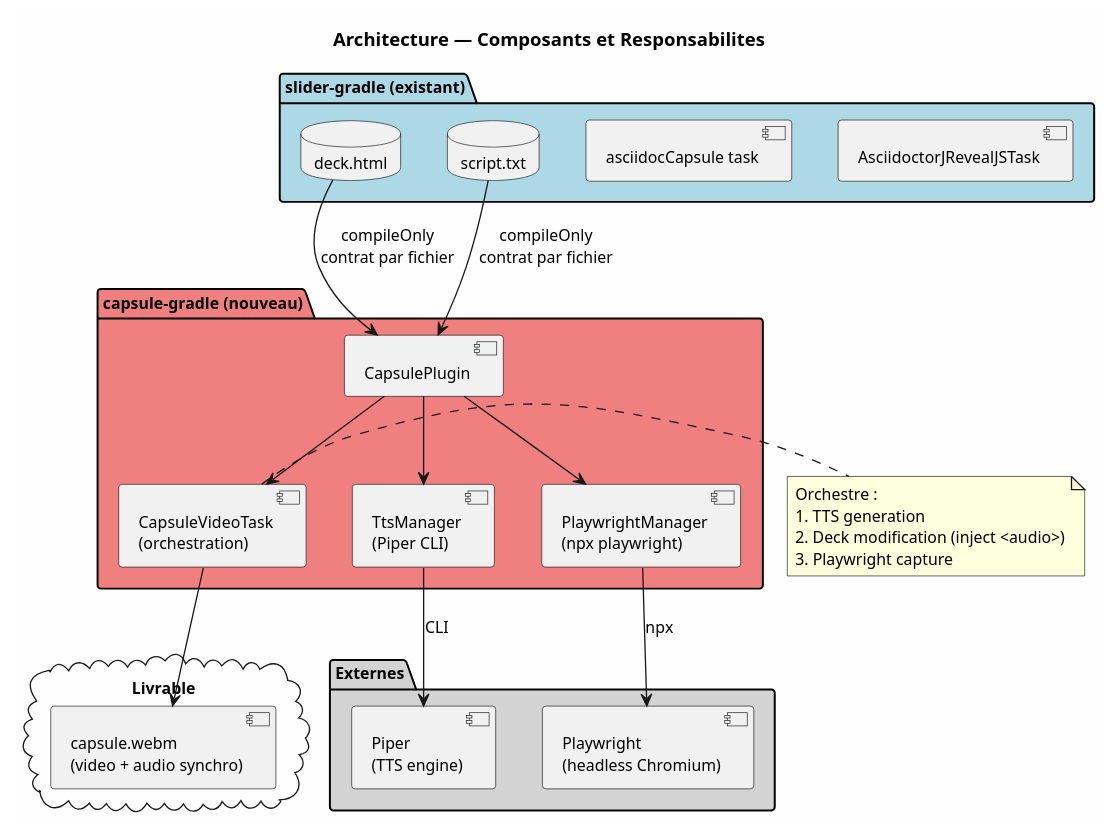
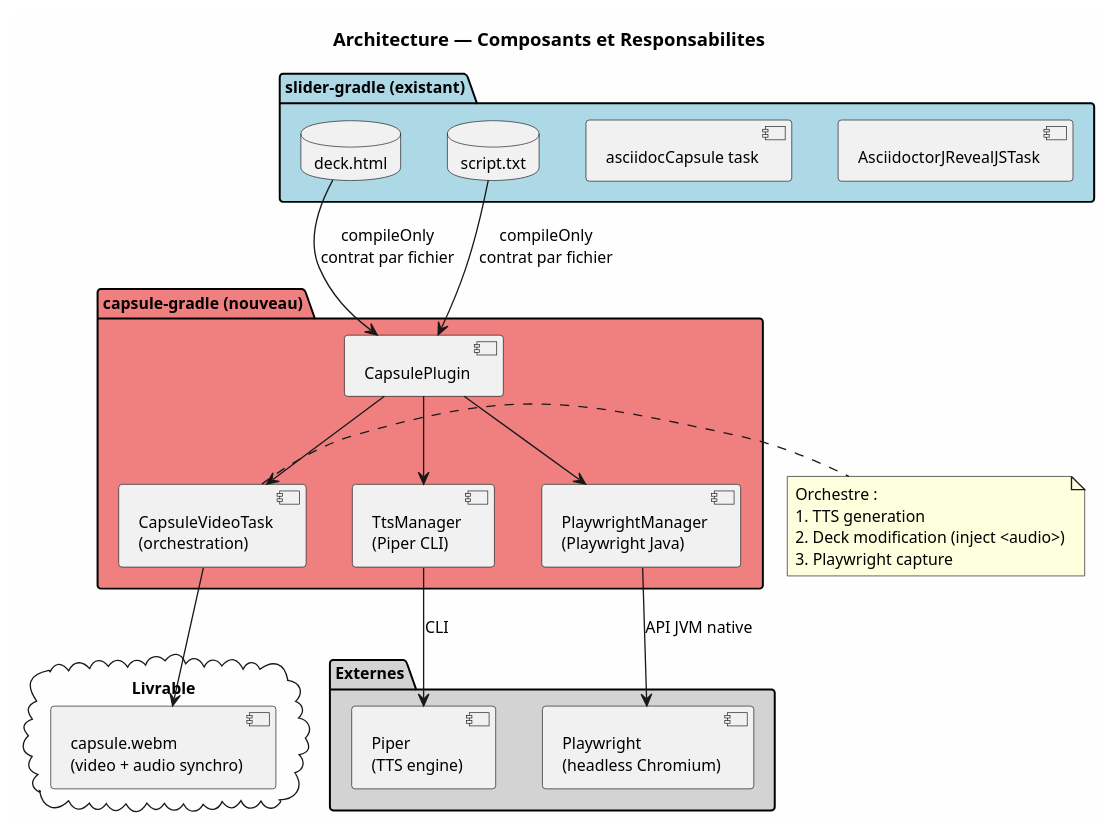
Before and after one commit to cheroliv/capsule-gradle: the second of 4 diagrams in capsule-plugin/doc/CAPSULE_ARCHITECTURE.adoc, drawn with PlantUML. The commit also changed other lines of this file and 29 other files, not shown here.

First line of the commit message:
CAP-0.3→CAP-3 — Sessions 001-004: Build Gradle + Plugin + TTS Piper + Playwright Java (19/19 PASS)

```diff
--- a/capsule-plugin/doc/CAPSULE_ARCHITECTURE.adoc
+++ b/capsule-plugin/doc/CAPSULE_ARCHITECTURE.adoc
@@ -62,51 +62,51 @@
 [plantuml,target="composants",format="svg"]
 ----
 @startuml
 skinparam backgroundColor #FEFEFE
 skinparam defaultFontSize 12
 
 title Architecture — Composants et Responsabilites
 
 package "slider-gradle (existant)" #LightBlue {
   component "AsciidoctorJRevealJSTask" as asciidoctor
   component "asciidocCapsule task" as capsuleScript
   database "deck.html" as deckSource
   database "script.txt" as script
 }
 
 package "capsule-gradle (nouveau)" #LightCoral {
   component "CapsulePlugin" as plugin
   component "TtsManager\n(Piper CLI)" as tts
-  component "PlaywrightManager\n(npx playwright)" as pwMgr
+  component "PlaywrightManager\n(Playwright Java)" as pwMgr
   component "CapsuleVideoTask\n(orchestration)" as videoTask
 }
 
 package "Externes" #LightGrey {
   component "Piper\n(TTS engine)" as piper
   component "Playwright\n(headless Chromium)" as playwright
 }
 
 cloud "Livrable" {
   component "capsule.webm\n(video + audio synchro)" as output
 }
 
 deckSource --> plugin : compileOnly\ncontrat par fichier
 script --> plugin : compileOnly\ncontrat par fichier
 
 plugin --> tts
 plugin --> pwMgr
 plugin --> videoTask
 
 tts --> piper : CLI
-pwMgr --> playwright : npx
+pwMgr --> playwright : API JVM native
 
 videoTask --> output
 
 note right of videoTask
   Orchestre :
   1. TTS generation
   2. Deck modification (inject <audio>)
   3. Playwright capture
 end note
 @enduml
 ----
```
